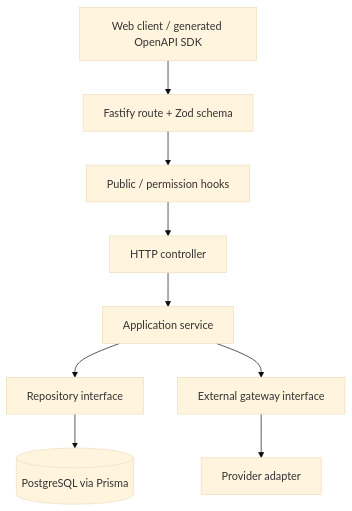
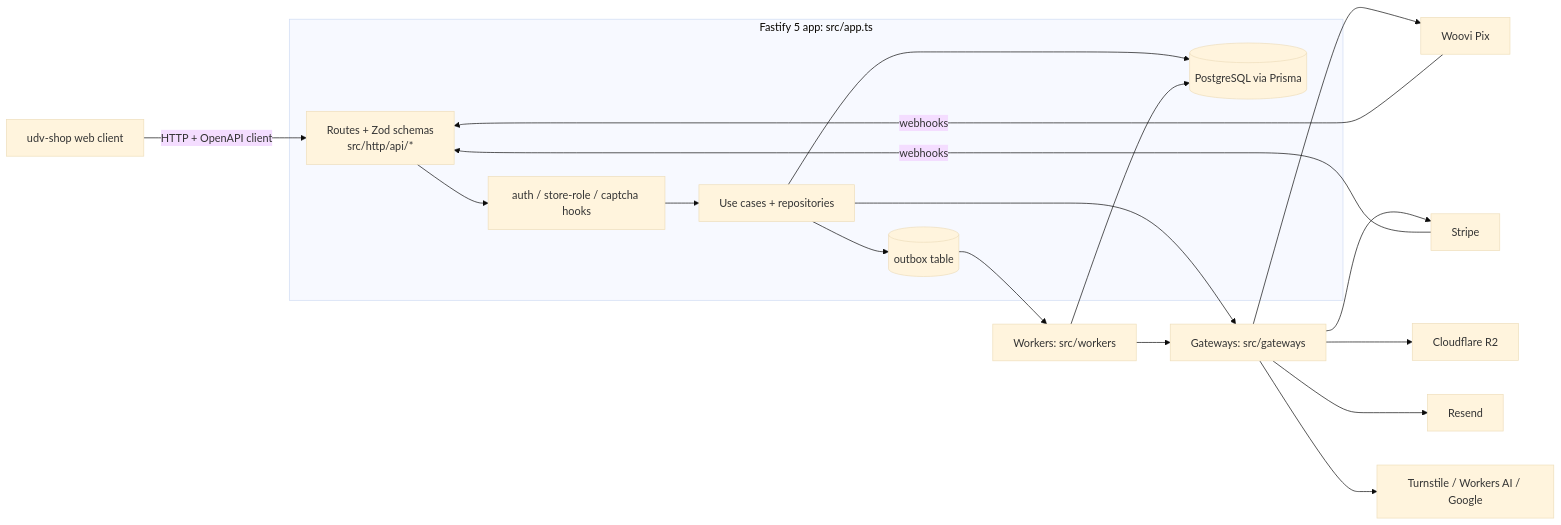
Before and after one commit to mkwitko/ecommerce-api: the diagram in README.md, drawn with Mermaid (base theme). The commit also changed other lines of this file, not shown here.

````diff
--- a/README.md
+++ b/README.md
@@ -32,11 +20,21 @@
 ```mermaid
-flowchart TD
-  Client[Web client / generated OpenAPI SDK] --> Route[Fastify route + Zod schema]
-  Route --> Access[Public / permission hooks]
-  Access --> Controller[HTTP controller]
-  Controller --> Service[Application service]
-  Service --> Repo[Repository interface]
-  Service --> Gateway[External gateway interface]
-  Repo --> DB[(PostgreSQL via Prisma)]
-  Gateway --> Provider[Provider adapter]
+flowchart LR
+  Web[udv-shop web client] -->|HTTP + OpenAPI client| Routes
+  subgraph API[Fastify 5 app: src/app.ts]
+    Routes[Routes + Zod schemas<br/>src/http/api/*] --> Hooks[auth / store-role / captcha hooks]
+    Hooks --> UC[Use cases + repositories]
+    UC --> DB[(PostgreSQL via Prisma)]
+    UC --> Outbox[(outbox table)]
+  end
+  Workers[Workers: src/workers] --> DB
+  Outbox --> Workers
+  UC --> GW[Gateways: src/gateways]
+  Workers --> GW
+  GW --> Woovi[Woovi Pix]
+  GW --> Stripe[Stripe]
+  GW --> R2[Cloudflare R2]
+  GW --> Mail[Resend]
+  GW --> CF[Turnstile / Workers AI / Google]
+  Woovi -->|webhooks| Routes
+  Stripe -->|webhooks| Routes
 ```
````
